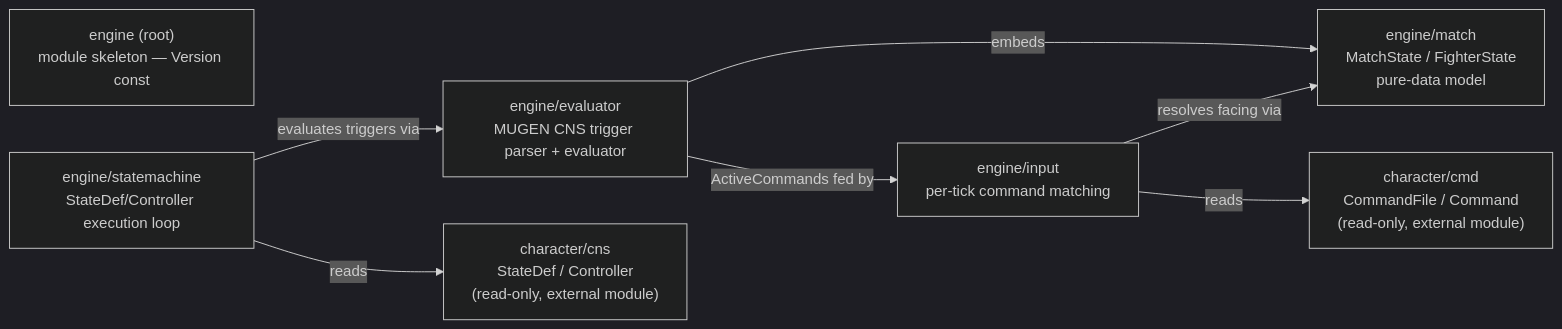
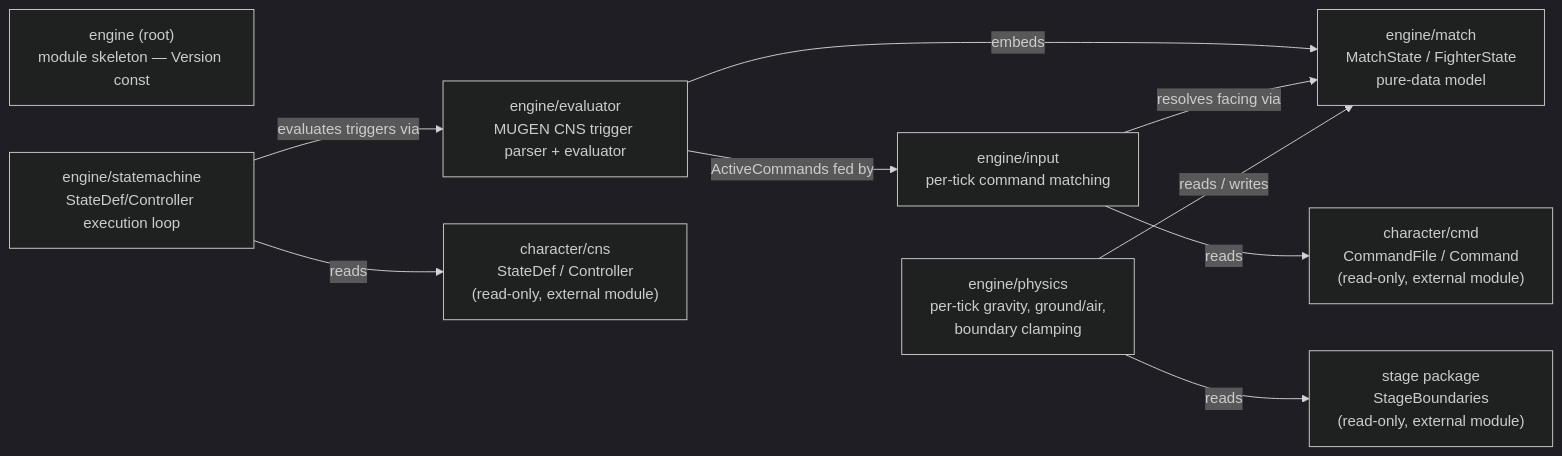
The first of 2 diagrams in docs/architecture.md (openkakutou/engine), drawn with Mermaid (dark theme) before and after one commit. The commit also changed other lines of this file and 11 other files, not shown here.

Commit message:
feat: the engine can now simulate a fighter's physics tick by tick: gravity pulls it down while airborne, it lands cleanly back on the ground, and it can never be pushed outside the current stage's boundaries no matter how fast it was moving

````diff
--- a/docs/architecture.md
+++ b/docs/architecture.md
@@ -7,17 +7,21 @@
 ```mermaid
 graph LR
     root["engine (root)<br/>module skeleton — Version const"]
     match["engine/match<br/>MatchState / FighterState<br/>pure-data model"]
     evaluator["engine/evaluator<br/>MUGEN CNS trigger parser + evaluator"]
     statemachine["engine/statemachine<br/>StateDef/Controller execution loop"]
     inputpkg["engine/input<br/>per-tick command matching"]
+    physicspkg["engine/physics<br/>per-tick gravity, ground/air,<br/>boundary clamping"]
     cns["character/cns<br/>StateDef / Controller<br/>(read-only, external module)"]
     cmd["character/cmd<br/>CommandFile / Command<br/>(read-only, external module)"]
+    stagepkg["stage package<br/>StageBoundaries<br/>(read-only, external module)"]
 
     evaluator -->|embeds| match
     statemachine -->|evaluates triggers via| evaluator
     statemachine -->|reads| cns
     inputpkg -->|reads| cmd
     inputpkg -->|resolves facing via| match
     evaluator -->|ActiveCommands fed by| inputpkg
+    physicspkg -->|reads / writes| match
+    physicspkg -->|reads| stagepkg
 ```
````
